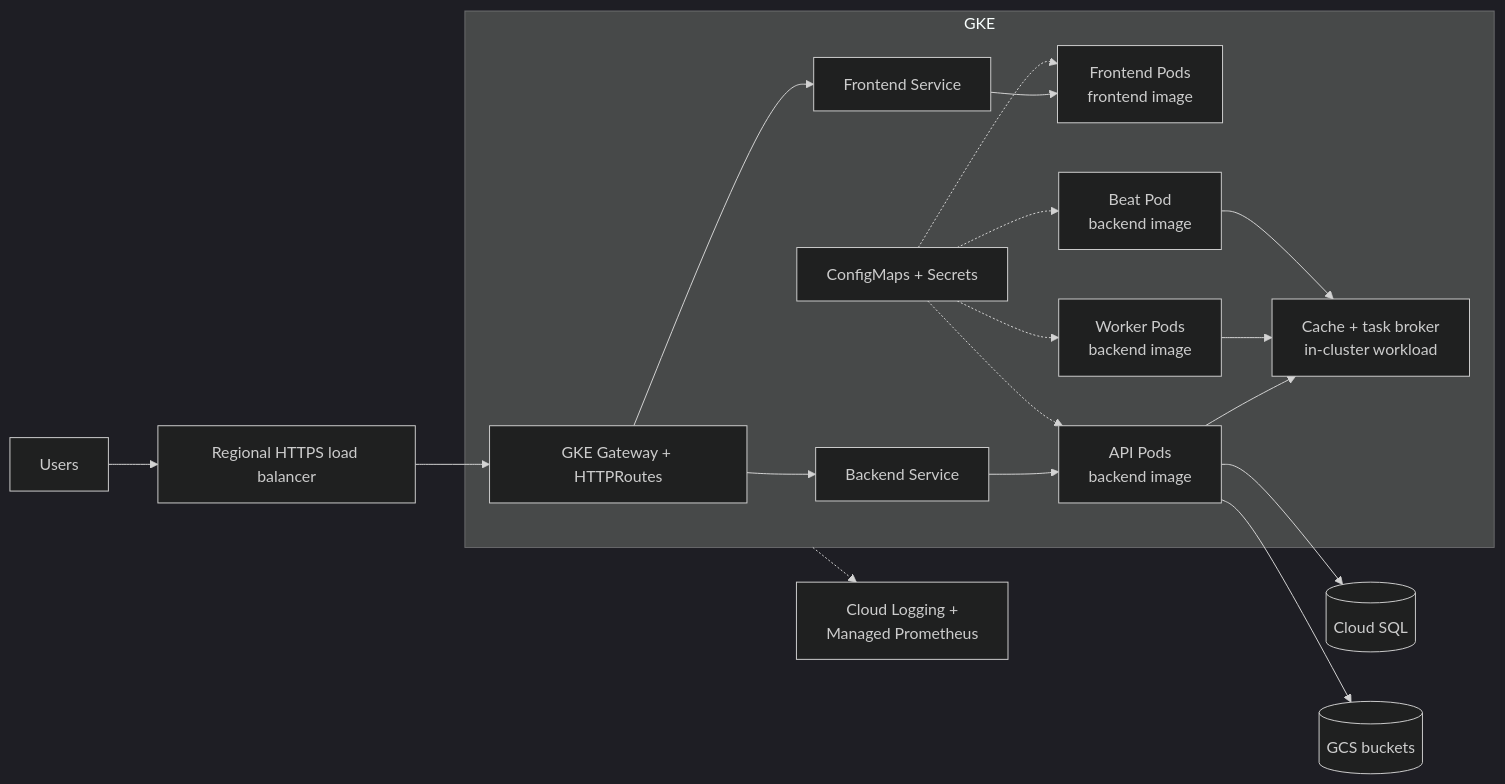
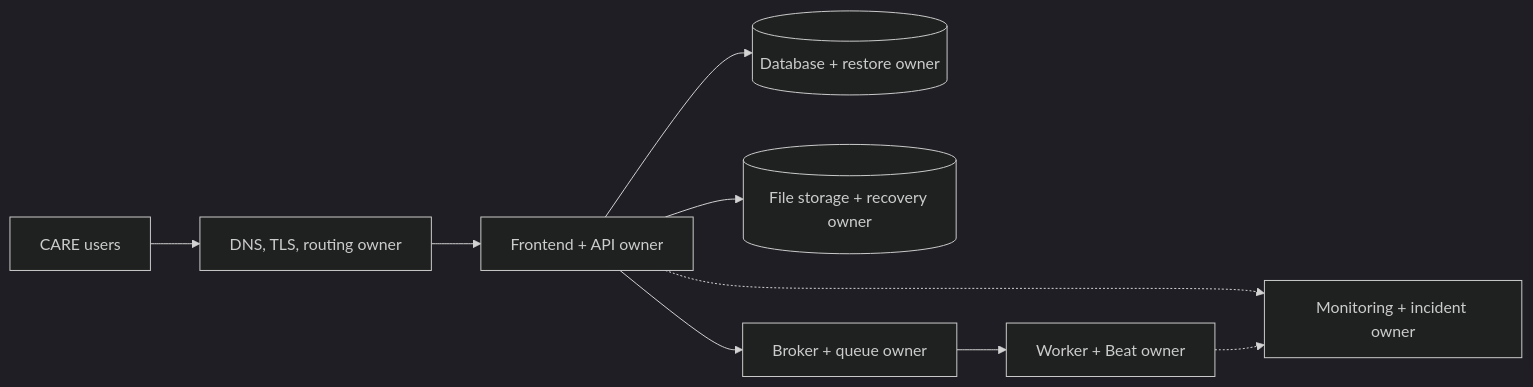
The second of 2 diagrams in docs/session-3-slides.md (jesbinjoseph/care-session), drawn with Mermaid (dark theme) before and after one commit. The commit also changed other lines of this file and 12 other files, not shown here.

````diff
--- a/docs/session-3-slides.md
+++ b/docs/session-3-slides.md
@@ -480,28 +500,11 @@
 ```mermaid
 flowchart LR
-    user[Users] --> edge[Regional HTTPS load balancer]
-    edge --> gateway[GKE Gateway + HTTPRoutes]
-
-    subgraph gke[GKE]
-        gateway --> feService[Frontend Service]
-        gateway --> apiService[Backend Service]
-        feService --> fePods[Frontend Pods<br/>frontend image]
-        apiService --> apiPods[API Pods<br/>backend image]
-
-        worker[Worker Pods<br/>backend image]
-        beat[Beat Pod<br/>backend image]
-        broker[Cache + task broker<br/>in-cluster workload]
-
-        apiPods --> broker
-        worker --> broker
-        beat --> broker
-        config[ConfigMaps + Secrets] -.-> fePods
-        config -.-> apiPods
-        config -.-> worker
-        config -.-> beat
-    end
-
-    apiPods --> sql[(Cloud SQL)]
-    apiPods --> gcs[(GCS buckets)]
-    gke -.-> ops[Cloud Logging +<br/>Managed Prometheus]
+    users[CARE users] --> edge[DNS, TLS, routing owner]
+    edge --> app[Frontend + API owner]
+    app --> records[(Database + restore owner)]
+    app --> files[(File storage + recovery owner)]
+    app --> queue[Broker + queue owner]
+    queue --> jobs[Worker + Beat owner]
+    app -.-> alerts[Monitoring + incident owner]
+    jobs -.-> alerts
 ```
````
